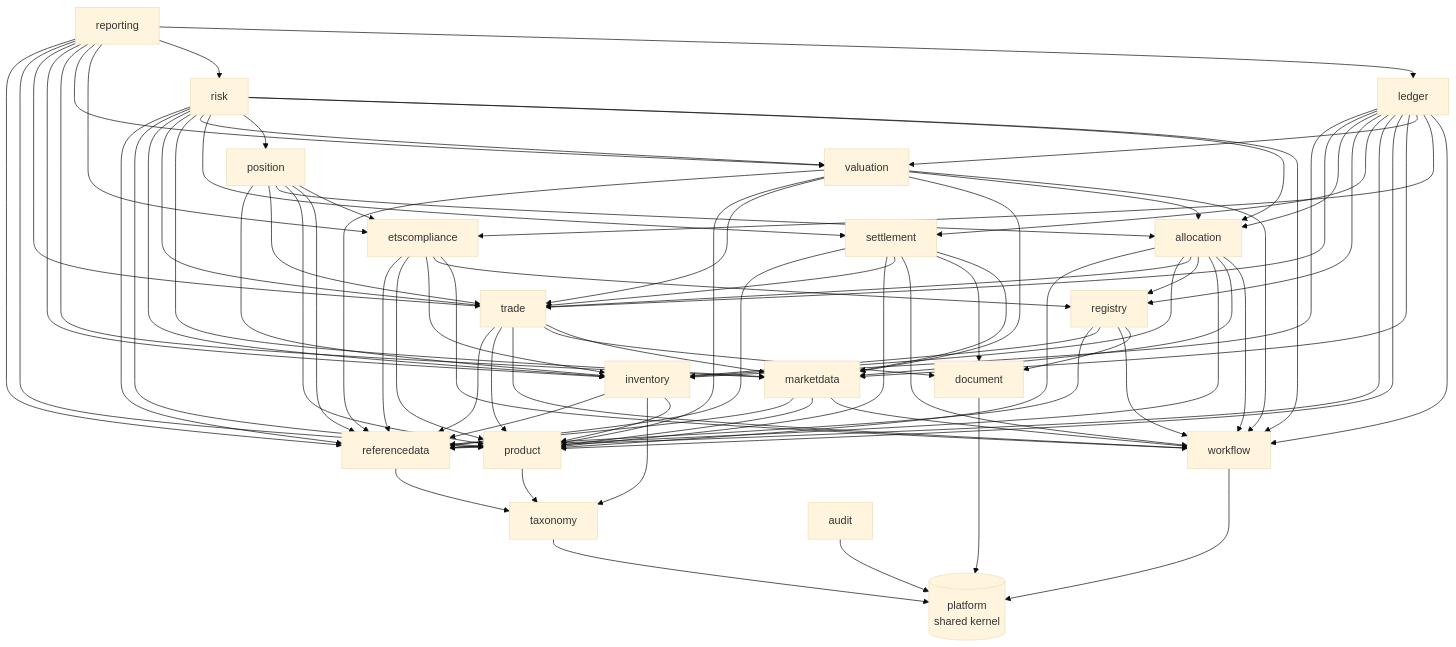
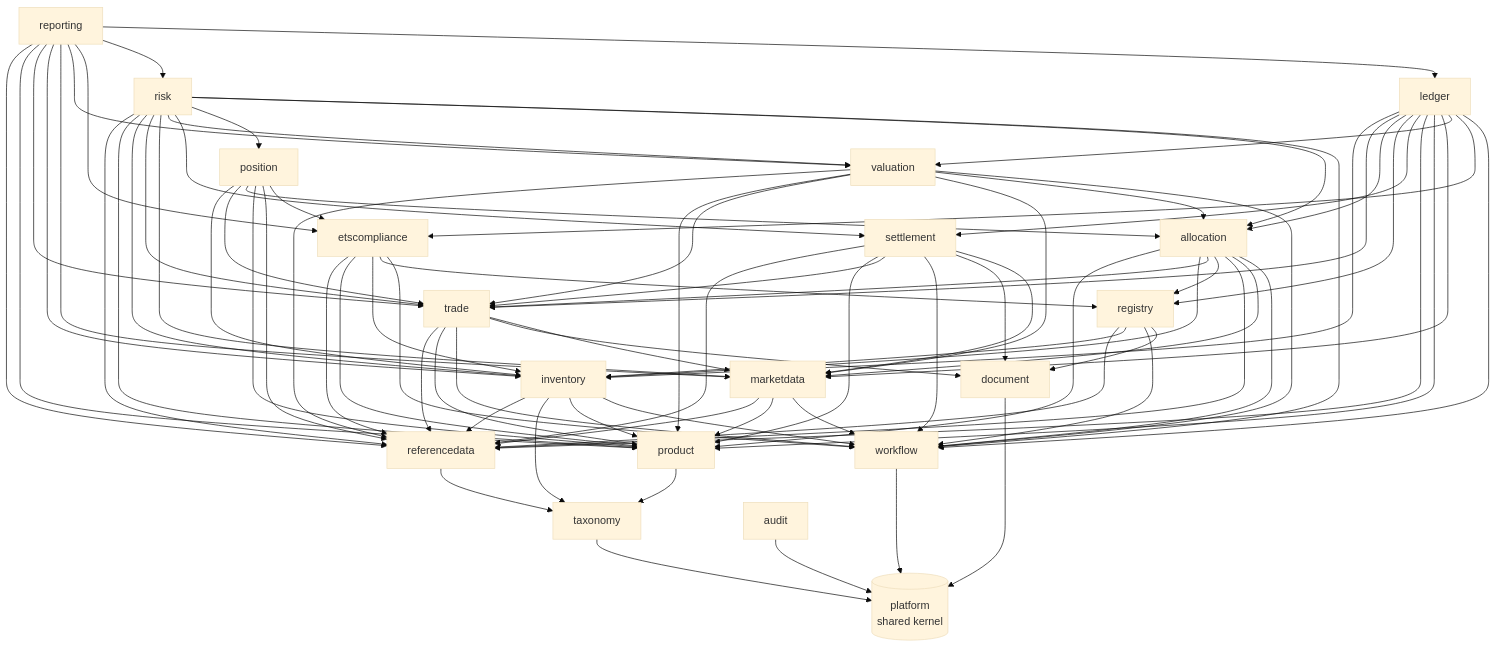
The first of 3 diagrams in docs/arc42/05-building-block-view.md (Pianonurmi/goo-ets-etrm), drawn with Mermaid (base theme) before and after one commit. The commit also changed 1 other file, not shown here.

Commit message:
Record the money-seam fixes in the changelog and the module diagram
Claude-Session: https://claude.ai/code/session_01VB4AUZ6sG1LaAuFGjHJWYv

````diff
--- a/docs/arc42/05-building-block-view.md
+++ b/docs/arc42/05-building-block-view.md
@@ -5,22 +5,22 @@
 ```mermaid
 flowchart TB
   platform[(platform<br/>shared kernel)]
   taxonomy --> platform
   referencedata --> taxonomy
   product --> taxonomy
   marketdata --> referencedata & product & workflow
   trade --> referencedata & product & workflow & document & marketdata
-  inventory --> referencedata & taxonomy & product
+  inventory --> referencedata & taxonomy & product & workflow
   registry --> referencedata & inventory & workflow & document
   allocation --> product & inventory & trade & registry & referencedata & marketdata & workflow
   position --> inventory & trade & allocation & product & referencedata & etscompliance
   settlement --> referencedata & product & trade & workflow & document & marketdata
   valuation --> referencedata & product & trade & marketdata & allocation & workflow
   etscompliance --> referencedata & product & inventory & registry & workflow
   ledger --> inventory & trade & allocation & registry & settlement & referencedata & product & marketdata & valuation & etscompliance & workflow
   risk --> referencedata & product & inventory & trade & marketdata & valuation & settlement & position & allocation & workflow
   reporting --> referencedata & product & trade & inventory & marketdata & valuation & etscompliance & risk & ledger
   workflow --> platform
   document --> platform
   audit --> platform
 ```
````
